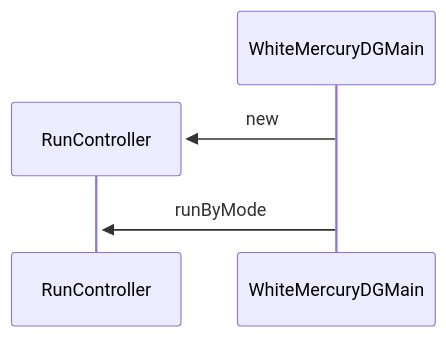
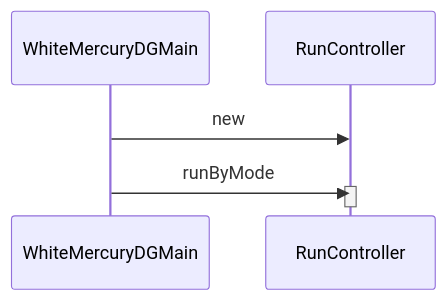
One commit to tspauld98/white-mercury-dg changed the diagram in docs/primary-sequence-diagram.md. Above: the diagram before and after it, drawn with Mermaid.

````diff
--- a/docs/primary-sequence-diagram.md
+++ b/docs/primary-sequence-diagram.md
@@ -5,7 +5,9 @@
 ```mermaid
 sequenceDiagram
-    create participant RunController
+    participant WhiteMercuryDGMain
+    participant RunController
     WhiteMercuryDGMain->>RunController: new
-    WhiteMercuryDGMain->>+RunController: runByMode
-    destroy RunController
+    WhiteMercuryDGMain->>RunController: runByMode
+    activate RunController
+    deactivate RunController
 ```
````
